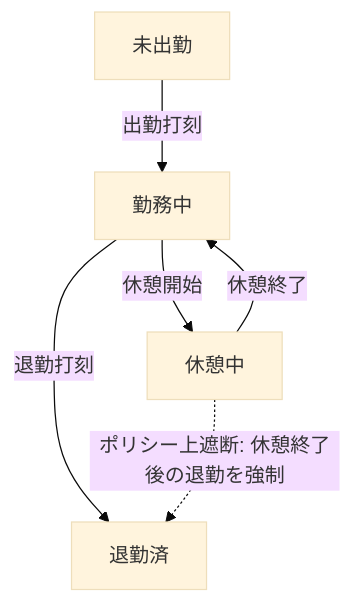
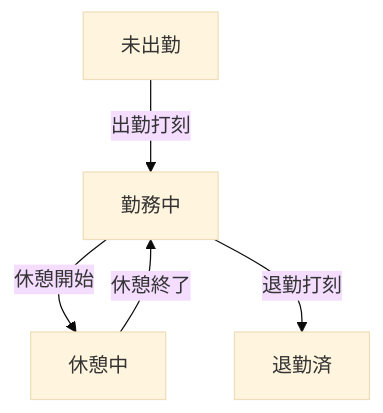
One commit to KBG183/kintai-management changed the third of 3 diagrams in docs/portfolio_audit_evidence.md. Above: the diagram before and after it, drawn with Mermaid (base theme). The commit also changed other lines of this file and 2 other files, not shown here.

````diff
--- a/docs/portfolio_audit_evidence.md
+++ b/docs/portfolio_audit_evidence.md
@@ -217,8 +224,7 @@
 ```mermaid
 flowchart TD
     A[未出勤] -->|出勤打刻| B[勤務中]
     B -->|休憩開始| C[休憩中]
     C -->|休憩終了| B
     B -->|退勤打刻| D[退勤済]
-    C -.->|ポリシー上遮断: 休憩終了後の退勤を強制| D
 ```
````
